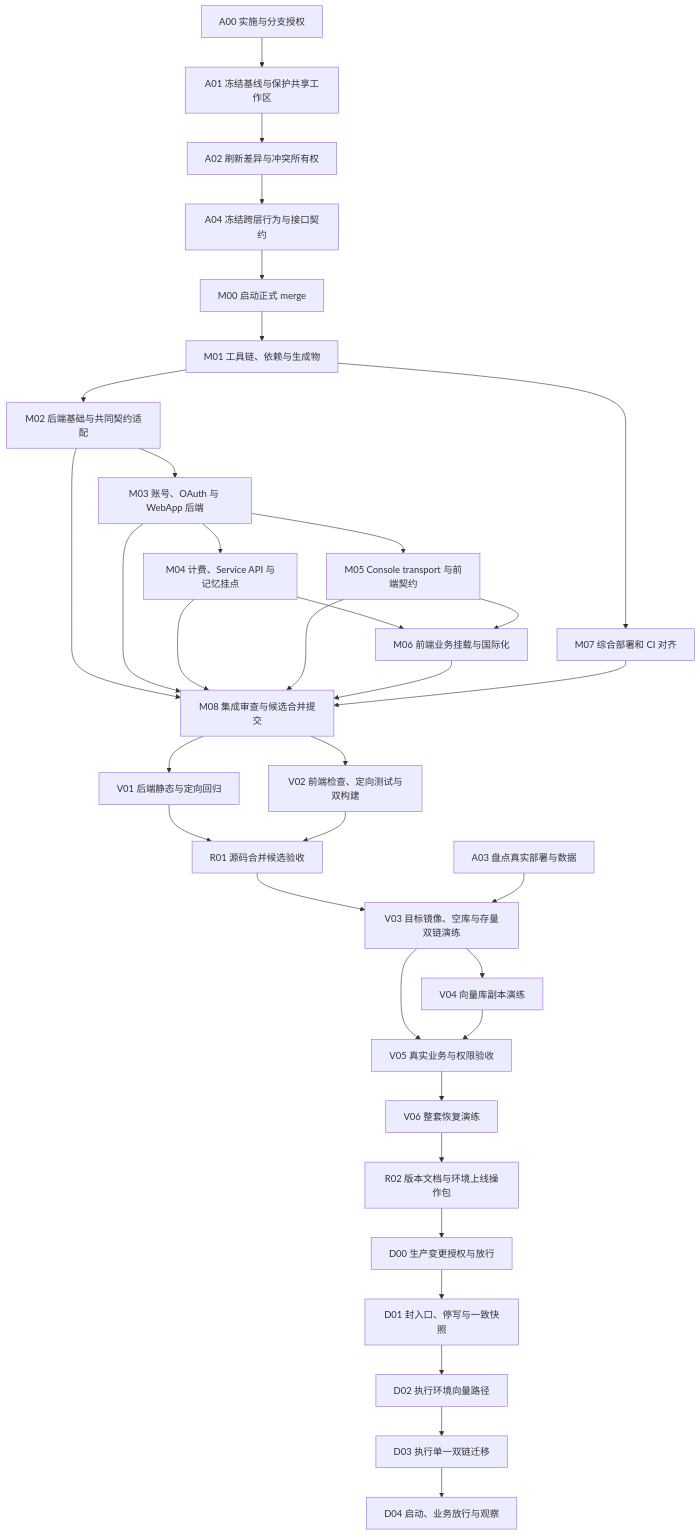
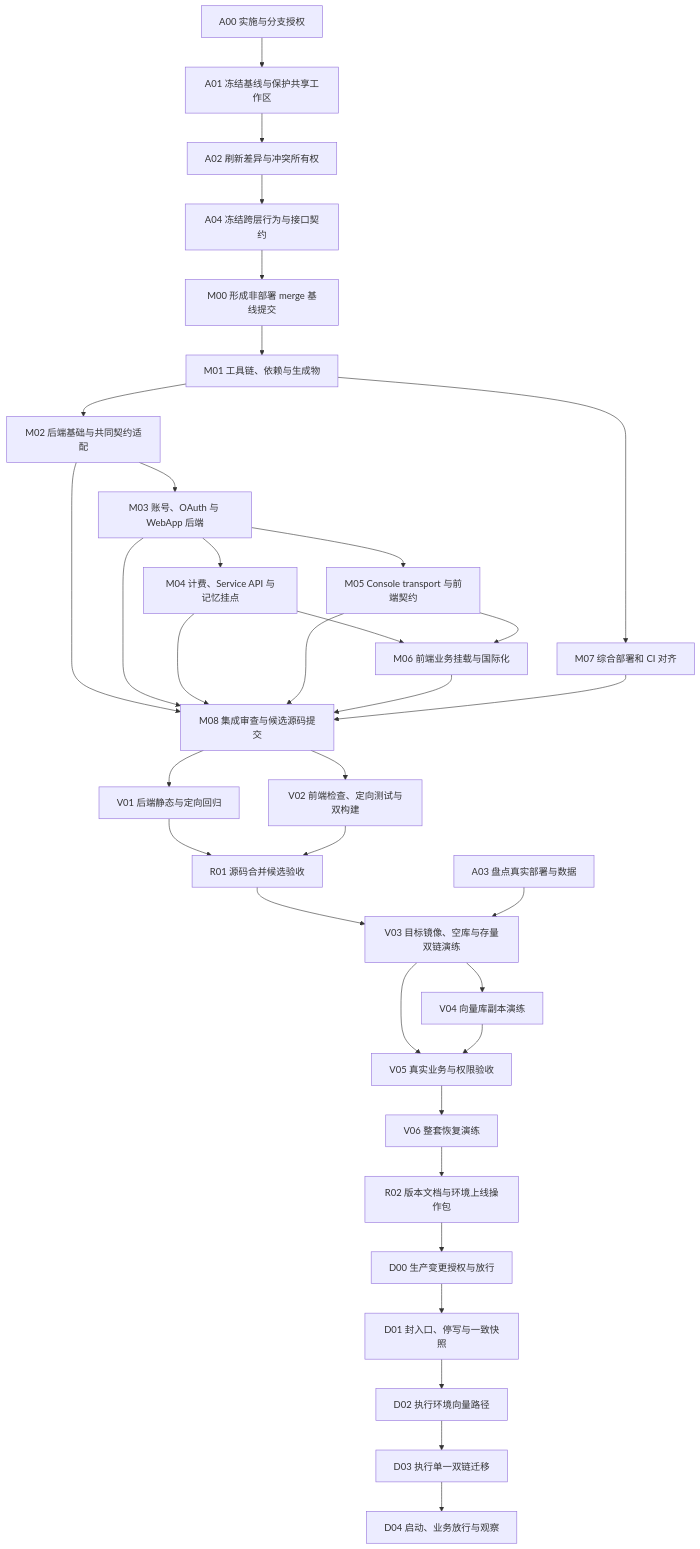
Before and after one commit to YFGaia/dify-plus: the diagram in openspec/changes/merge-upstream-1-17-1/execution-graph.md, drawn with Mermaid. The commit also changed other lines of this file and 5 other files, not shown here.

````diff
--- a/openspec/changes/merge-upstream-1-17-1/execution-graph.md
+++ b/openspec/changes/merge-upstream-1-17-1/execution-graph.md
@@ -7,64 +7,64 @@
 ```mermaid
 flowchart TD
   A00["A00 实施与分支授权"]
   A01["A01 冻结基线与保护共享工作区"]
   A02["A02 刷新差异与冲突所有权"]
   A03["A03 盘点真实部署与数据"]
   A04["A04 冻结跨层行为与接口契约"]
-  M00["M00 启动正式 merge"]
+  M00["M00 形成非部署 merge 基线提交"]
   M01["M01 工具链、依赖与生成物"]
   M02["M02 后端基础与共同契约适配"]
   M03["M03 账号、OAuth 与 WebApp 后端"]
   M04["M04 计费、Service API 与记忆挂点"]
   M05["M05 Console transport 与前端契约"]
   M06["M06 前端业务挂载与国际化"]
   M07["M07 综合部署和 CI 对齐"]
-  M08["M08 集成审查与候选合并提交"]
+  M08["M08 集成审查与候选源码提交"]
   V01["V01 后端静态与定向回归"]
   V02["V02 前端检查、定向测试与双构建"]
   R01["R01 源码合并候选验收"]
   V03["V03 目标镜像、空库与存量双链演练"]
   V04["V04 向量库副本演练"]
   V05["V05 真实业务与权限验收"]
   V06["V06 整套恢复演练"]
   R02["R02 版本文档与环境上线操作包"]
   D00["D00 生产变更授权与放行"]
   D01["D01 封入口、停写与一致快照"]
   D02["D02 执行环境向量路径"]
   D03["D03 执行单一双链迁移"]
   D04["D04 启动、业务放行与观察"]
   A00 --> A01
   A01 --> A02
   A02 --> A04
   A04 --> M00
   M00 --> M01
   M01 --> M02
   M02 --> M03
   M03 --> M04
   M03 --> M05
   M04 --> M06
   M05 --> M06
   M01 --> M07
   M02 --> M08
   M03 --> M08
   M04 --> M08
   M05 --> M08
   M06 --> M08
   M07 --> M08
   M08 --> V01
   M08 --> V02
   V01 --> R01
   V02 --> R01
   R01 --> V03
   A03 --> V03
   V03 --> V04
   V03 --> V05
   V04 --> V05
   V05 --> V06
   V06 --> R02
   R02 --> D00
   D00 --> D01
   D01 --> D02
   D02 --> D03
   D03 --> D04
 ```
````
